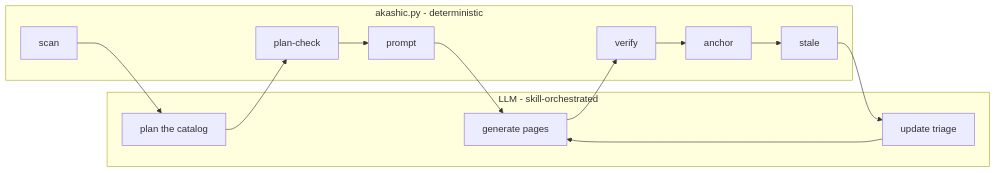
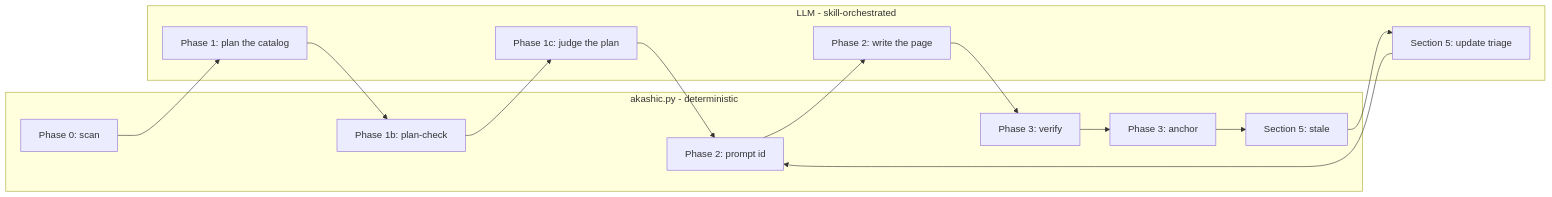
The diagram in .akashic/wiki/index.md (ARMeeru/akashic-record), drawn with Mermaid before and after one commit. The commit also changed other lines of this file and 3 other files, not shown here.

````diff
--- a/.akashic/wiki/index.md
+++ b/.akashic/wiki/index.md
@@ -38,25 +42,27 @@
 ```mermaid
 flowchart LR
   subgraph deterministic["akashic.py - deterministic"]
-    scan["scan"]
-    plancheck["plan-check"]
-    prompt["prompt"]
-    verify["verify"]
-    anchor["anchor"]
-    stale["stale"]
+    scan["Phase 0: scan"]
+    plancheck["Phase 1b: plan-check"]
+    prompt["Phase 2: prompt id"]
+    verify["Phase 3: verify"]
+    anchor["Phase 3: anchor"]
+    stale["Section 5: stale"]
   end
   subgraph stochastic["LLM - skill-orchestrated"]
-    plan["plan the catalog"]
-    generate["generate pages"]
-    triage["update triage"]
+    plan["Phase 1: plan the catalog"]
+    critic["Phase 1c: judge the plan"]
+    generate["Phase 2: write the page"]
+    triage["Section 5: update triage"]
   end
   scan --> plan
   plan --> plancheck
-  plancheck --> prompt
+  plancheck --> critic
+  critic --> prompt
   prompt --> generate
   generate --> verify
   verify --> anchor
   anchor --> stale
   stale --> triage
-  triage --> generate
+  triage --> prompt
 ```
````
